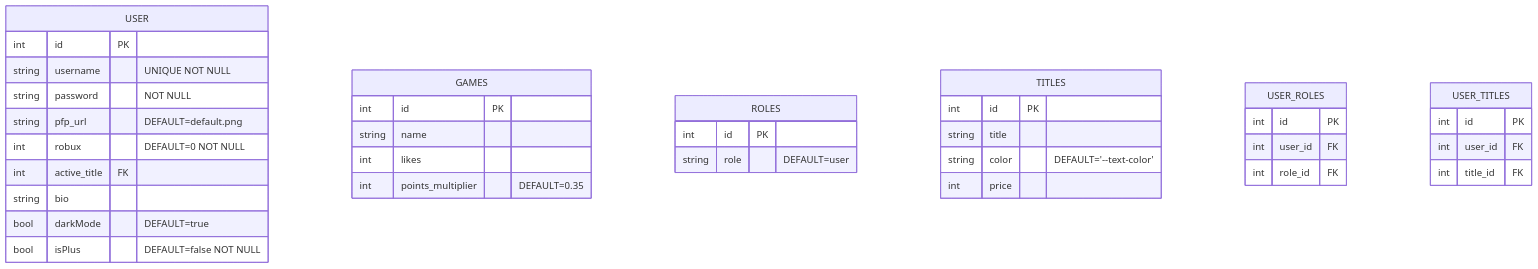
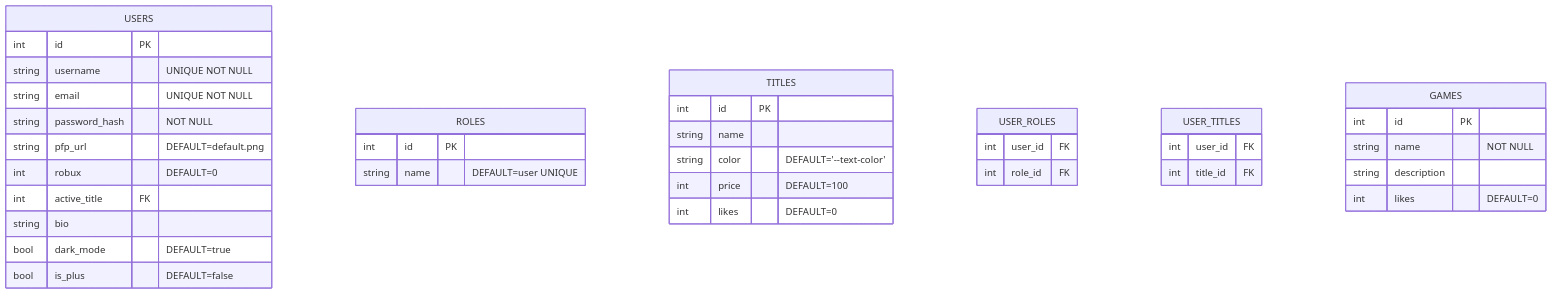
One commit to edxzyluksz/Roprepo changed the diagram in README.md. Above: the diagram before and after it, drawn with Mermaid. The commit also changed other lines of this file and 49 other files, not shown here.

````diff
--- a/README.md
+++ b/README.md
@@ -73,45 +81,45 @@
 ``` mermaid
 erDiagram
-    USER {
+    USERS {
         int id PK
         string username "UNIQUE NOT NULL"
-        string password "NOT NULL"
+        string email "UNIQUE NOT NULL"
+        string password_hash "NOT NULL"
         string pfp_url "DEFAULT=default.png"
-        int robux "DEFAULT=0 NOT NULL"
+        int robux "DEFAULT=0"
         int active_title FK
         string bio
-        bool darkMode "DEFAULT=true"
-        bool isPlus "DEFAULT=false NOT NULL"
-    }
-
-    GAMES {
-        int id PK
-        string name
-        int likes
-        int points_multiplier "DEFAULT=0.35"
+        bool dark_mode "DEFAULT=true"
+        bool is_plus "DEFAULT=false"
     }
 
     ROLES {
         int id PK
-        string role "DEFAULT=user"
+        string name "DEFAULT=user UNIQUE"
     }
 
     TITLES {
         int id PK
-        string title
+        string name
         string color "DEFAULT='--text-color'"
-        int price
+        int price "DEFAULT=100"
+        int likes "DEFAULT=0"
     }
 
     USER_ROLES {
-        int id PK
         int user_id FK
         int role_id FK
     }
 
     USER_TITLES {
-        int id PK
         int user_id FK
         int title_id FK
     }
+
+    GAMES {
+        int id PK
+        string name "NOT NULL"
+        string description
+        int likes "DEFAULT=0"
+    }
 ```
````
